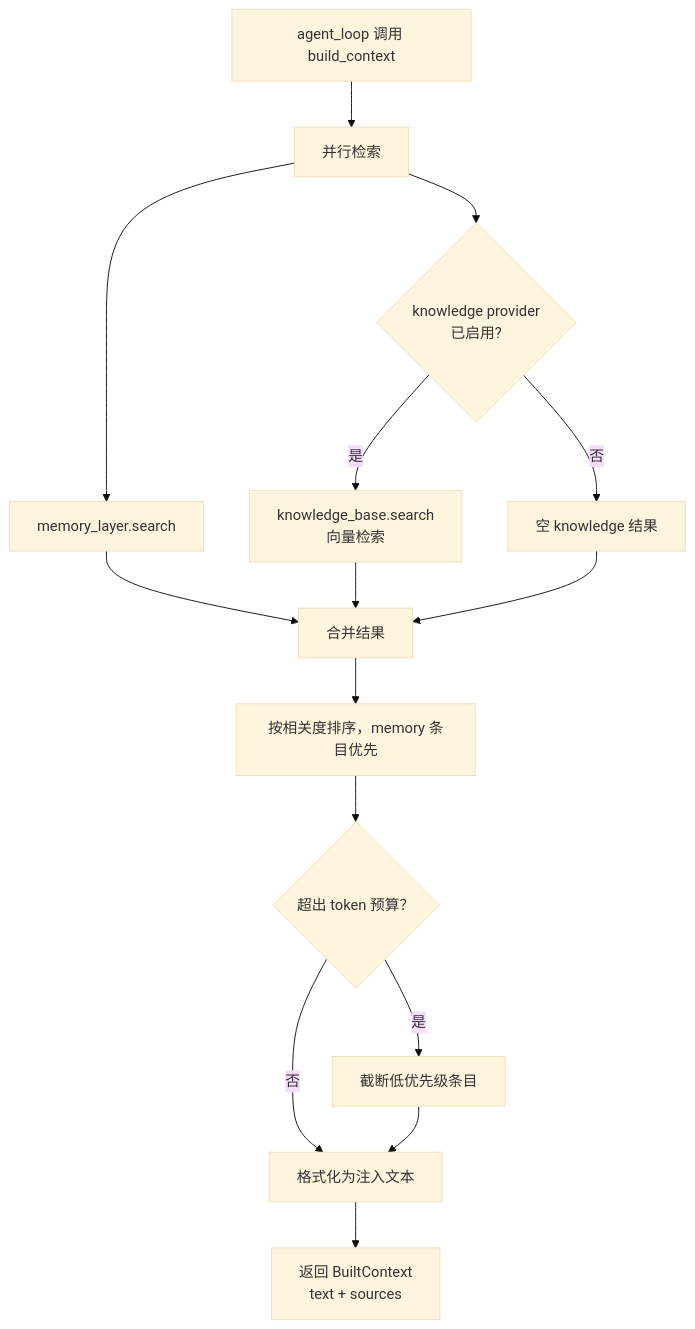
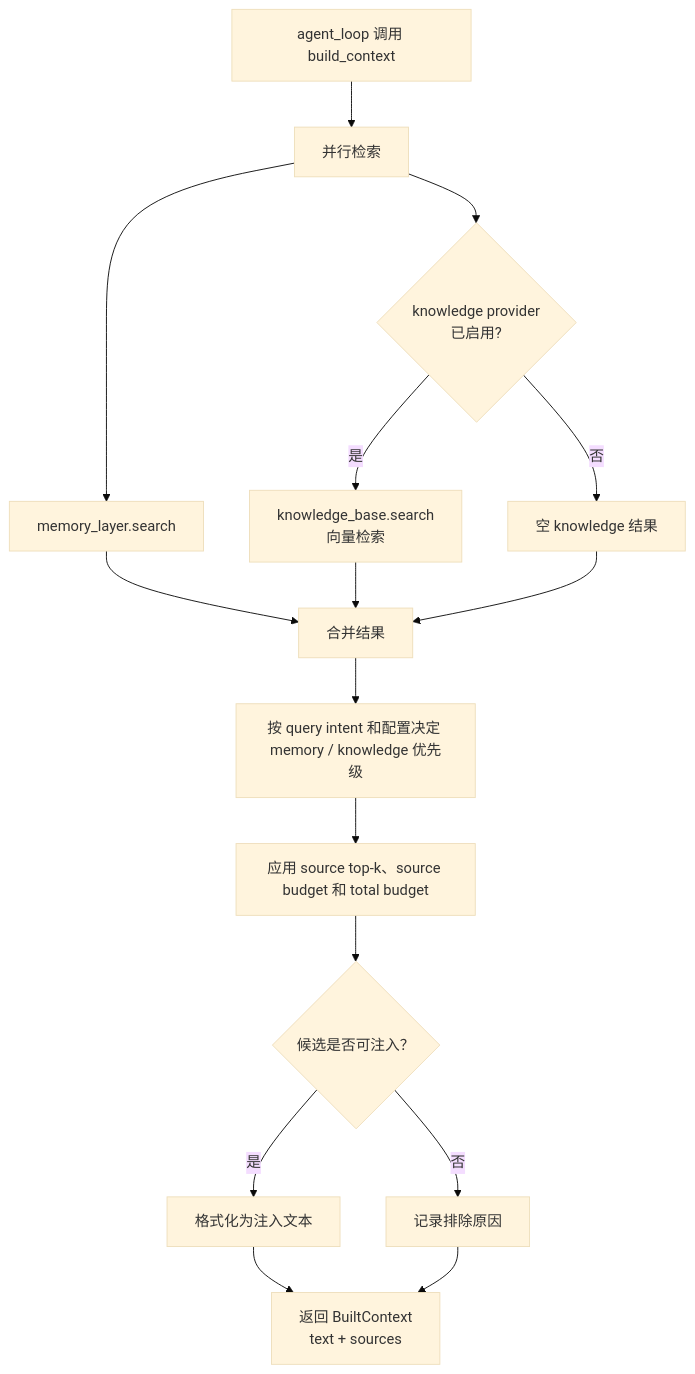
Before and after one commit to Summy2104/fleetent: the diagram in docs/capabilities/long-term-ctx.md, drawn with Mermaid (base theme). The commit also changed other lines of this file and 13 other files, not shown here.

````diff
--- a/docs/capabilities/long-term-ctx.md
+++ b/docs/capabilities/long-term-ctx.md
@@ -28,17 +28,18 @@
 ```mermaid
 flowchart TD
     A[agent_loop 调用 build_context] --> B[并行检索]
     B --> C[memory_layer.search]
     B --> D{knowledge provider\n已启用?}
     D -->|是| E[knowledge_base.search\n向量检索]
     D -->|否| F[空 knowledge 结果]
     C --> G[合并结果]
     E --> G
     F --> G
-    G --> H[按相关度排序，memory 条目优先]
-    H --> I{超出 token 预算？}
-    I -->|是| J[截断低优先级条目]
-    I -->|否| K[格式化为注入文本]
-    J --> K
+    G --> H[按 query intent 和配置决定 memory / knowledge 优先级]
+    H --> I[应用 source top-k、source budget 和 total budget]
+    I --> J{候选是否可注入？}
+    J -->|否| M[记录排除原因]
+    J -->|是| K[格式化为注入文本]
     K --> L[返回 BuiltContext\ntext + sources]
+    M --> L
 ```
````
